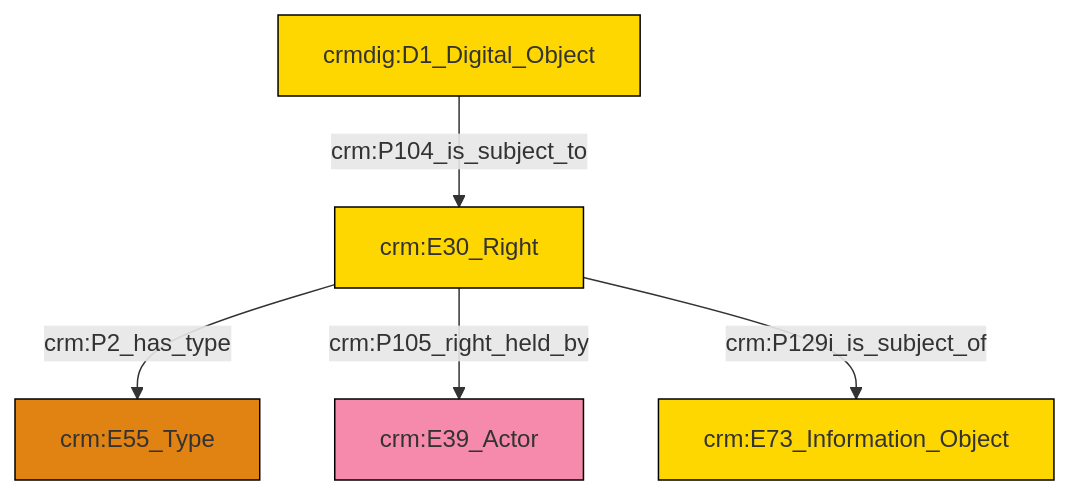
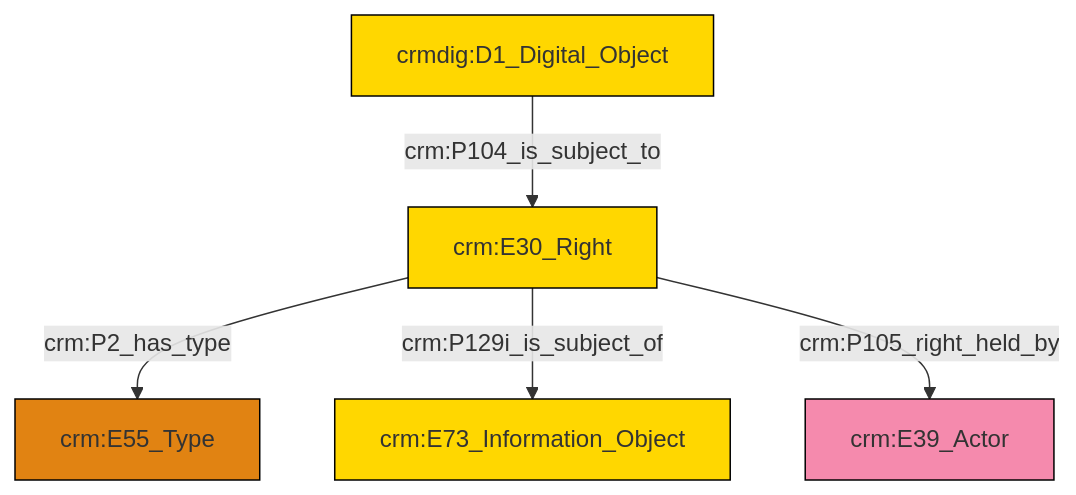
Before and after one commit to ncarboni/srdm: the diagram in et/doCSV/ttl/mmd/do_rights.ttl.mmd, drawn with Mermaid. The commit also changed 187 other files, not shown here.

```diff
--- a/et/doCSV/ttl/mmd/do_rights.ttl.mmd
+++ b/et/doCSV/ttl/mmd/do_rights.ttl.mmd
@@ -1,19 +1,19 @@
 graph TD
 classDef Literal fill:#f2f2f2,stroke:#000000;
 classDef CRM_Entity fill:#FFFFFF,stroke:#000000;
 classDef Temporal_Entity fill:#00C9E6, stroke:#000000;
 classDef Type fill:#E18312, stroke:#000000;
 classDef Time-Span fill:#2C9C91, stroke:#000000;
 classDef Appellation fill:#FFEB7F, stroke:#000000;
 classDef Place fill:#008836, stroke:#000000;
 classDef Persistent_Item fill:#B266B2, stroke:#000000;
 classDef Conceptual_Object fill:#FFD700, stroke:#000000;
 classDef Physical_Thing fill:#D2B48C, stroke:#000000;
 classDef Actor fill:#f58aad, stroke:#000000;
 classDef PC_Classes fill:#4ce600, stroke:#000000;
 classDef Multi fill:#cccccc,stroke:#000000;
 
-0["crm:E30_Right"]:::Conceptual_Object -->|crm:P2_has_type| 2["crm:E55_Type"]:::Type
-0["crm:E30_Right"]:::Conceptual_Object -->|crm:P105_right_held_by| 4["crm:E39_Actor"]:::Actor
-6["crmdig:D1_Digital_Object"]:::Conceptual_Object -->|crm:P104_is_subject_to| 0["crm:E30_Right"]:::Conceptual_Object
-0["crm:E30_Right"]:::Conceptual_Object -->|crm:P129i_is_subject_of| 8["crm:E73_Information_Object"]:::Conceptual_Object
+0["crm:E30_Right"]:::Conceptual_Object -->|crm:P2_has_type| 1["crm:E55_Type"]:::Type
+2["crmdig:D1_Digital_Object"]:::Conceptual_Object -->|crm:P104_is_subject_to| 0["crm:E30_Right"]:::Conceptual_Object
+0["crm:E30_Right"]:::Conceptual_Object -->|crm:P129i_is_subject_of| 5["crm:E73_Information_Object"]:::Conceptual_Object
+0["crm:E30_Right"]:::Conceptual_Object -->|crm:P105_right_held_by| 3["crm:E39_Actor"]:::Actor
```
